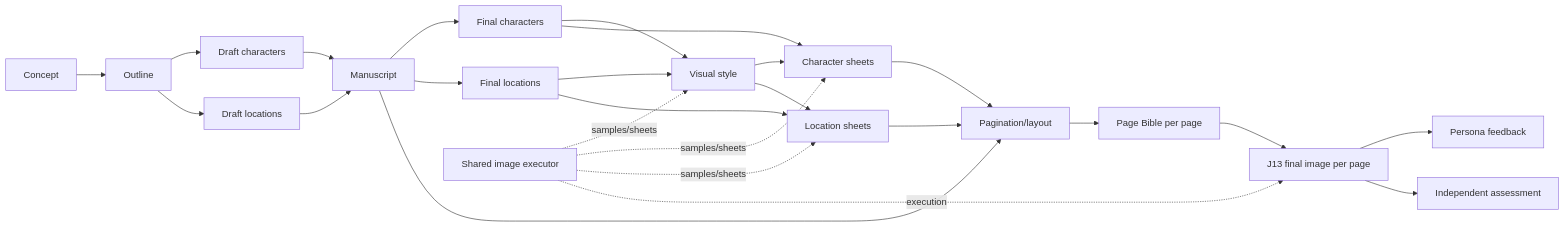
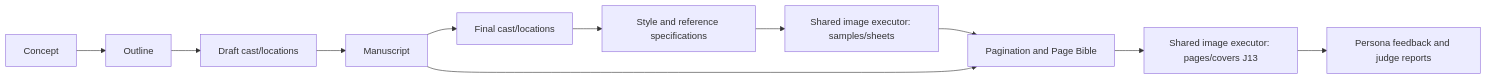
The second of 2 diagrams in docs/accepted/2026-09-27_dify-booklet-runner/workflow-package/README.md (karpishe-experiments/agentic-poc), drawn with Mermaid before and after one commit. The commit also changed other lines of this file and 61 other files, not shown here.

````diff
--- a/docs/accepted/2026-09-27_dify-booklet-runner/workflow-package/README.md
+++ b/docs/accepted/2026-09-27_dify-booklet-runner/workflow-package/README.md
@@ -52,27 +32,13 @@
 ```mermaid
 flowchart LR
   J01[Concept] --> J02[Outline]
-  J02 --> J03[Draft characters]
-  J02 --> J04[Draft locations]
-  J03 --> J05[Manuscript]
-  J04 --> J05
-  J05 --> J06[Final characters]
-  J05 --> J07[Final locations]
-  J06 --> J08[Visual style]
-  J07 --> J08
-  J06 --> J09[Character sheets]
-  J08 --> J09
-  J07 --> J10[Location sheets]
-  J08 --> J10
-  J05 --> J11[Pagination/layout]
-  J09 --> J11
-  J10 --> J11
-  J11 --> J12[Page Bible per page]
-  J12 --> J13[J13 final image per page]
-  I[Shared image executor] -. samples/sheets .-> J08
-  I -. samples/sheets .-> J09
-  I -. samples/sheets .-> J10
-  I -. execution .-> J13
-  J13 --> T[Persona feedback]
-  J13 --> G[Independent assessment]
+  J02 --> D[Draft cast/locations]
+  D --> M[Manuscript]
+  M --> F[Final cast/locations]
+  F --> S[Style and reference specifications]
+  S --> I[Shared image executor: samples/sheets]
+  I --> L[Pagination and Page Bible]
+  M --> L
+  L --> P[Shared image executor: pages/covers J13]
+  P --> E[Persona feedback and judge reports]
 ```
````
